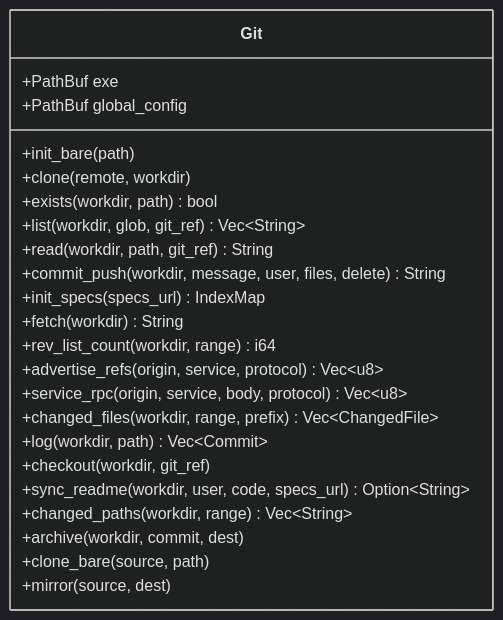
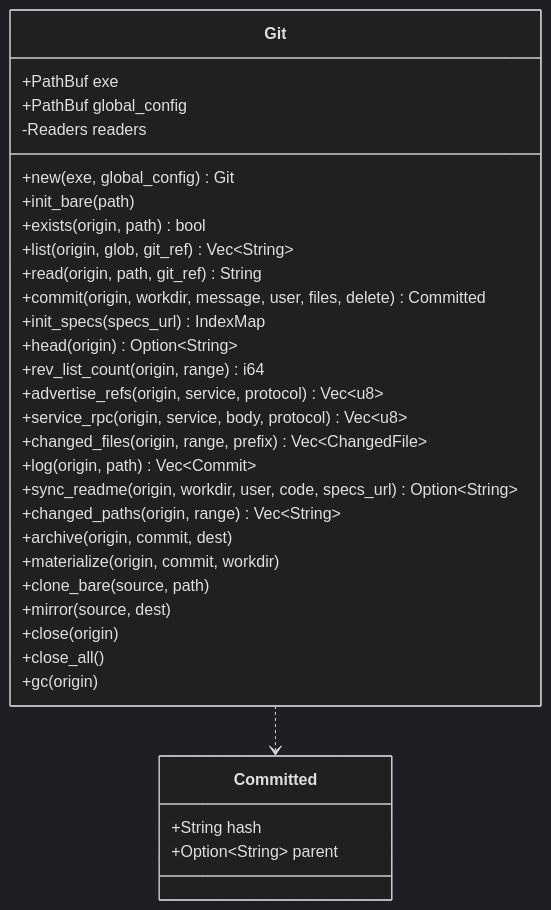
Before and after one commit to HoyoungParkme/syncdoc: the sixth of 10 diagrams in docs/specs/06-DOM/SYNC-DOM-004.md, drawn with Mermaid (dark theme). The commit also changed other lines of this file and 37 other files, not shown here.

````diff
--- a/docs/specs/06-DOM/SYNC-DOM-004.md
+++ b/docs/specs/06-DOM/SYNC-DOM-004.md
@@ -693,26 +694,35 @@
 ```mermaid
 classDiagram
     class Git {
         +PathBuf exe
         +PathBuf global_config
+        -Readers readers
+        +new(exe, global_config) Git
         +init_bare(path)
-        +clone(remote, workdir)
-        +exists(workdir, path) bool
-        +list(workdir, glob, git_ref) Vec~String~
-        +read(workdir, path, git_ref) String
-        +commit_push(workdir, message, user, files, delete) String
+        +exists(origin, path) bool
+        +list(origin, glob, git_ref) Vec~String~
+        +read(origin, path, git_ref) String
+        +commit(origin, workdir, message, user, files, delete) Committed
         +init_specs(specs_url) IndexMap
-        +fetch(workdir) String
-        +rev_list_count(workdir, range) i64
+        +head(origin) Option~String~
+        +rev_list_count(origin, range) i64
         +advertise_refs(origin, service, protocol) Vec~u8~
         +service_rpc(origin, service, body, protocol) Vec~u8~
-        +changed_files(workdir, range, prefix) Vec~ChangedFile~
-        +log(workdir, path) Vec~Commit~
-        +checkout(workdir, git_ref)
-        +sync_readme(workdir, user, code, specs_url) Option~String~
-        +changed_paths(workdir, range) Vec~String~
-        +archive(workdir, commit, dest)
+        +changed_files(origin, range, prefix) Vec~ChangedFile~
+        +log(origin, path) Vec~Commit~
+        +sync_readme(origin, workdir, user, code, specs_url) Option~String~
+        +changed_paths(origin, range) Vec~String~
+        +archive(origin, commit, dest)
+        +materialize(origin, commit, workdir)
         +clone_bare(source, path)
         +mirror(source, dest)
+        +close(origin)
+        +close_all()
+        +gc(origin)
     }
+    class Committed {
+        +String hash
+        +Option~String~ parent
+    }
+    Git ..> Committed
 ```
````
